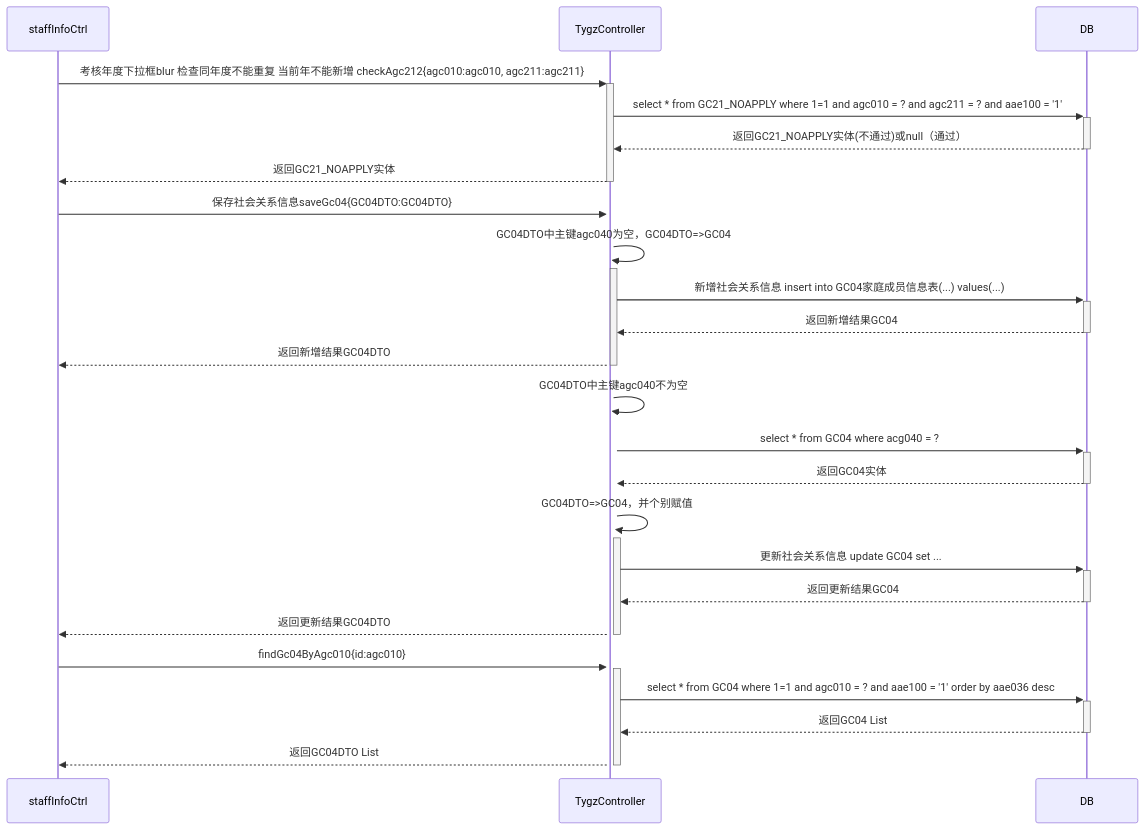
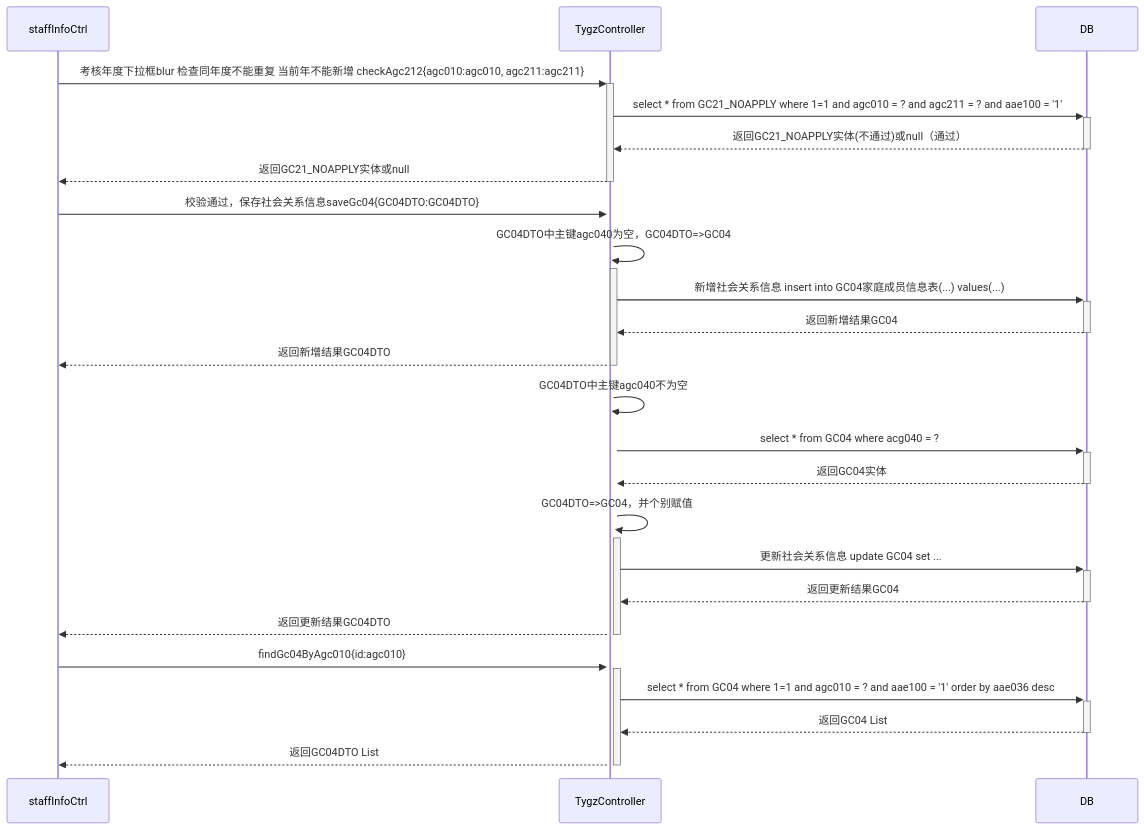
The diagram in all/人员考核信息新增按钮的调用业务流程.md (ZhangJianBeiJing/iodraw-files), drawn with Mermaid before and after one commit.

Commit message:
2025-03-25 18:08:10 update

````diff
--- a/all/人员考核信息新增按钮的调用业务流程.md
+++ b/all/人员考核信息新增按钮的调用业务流程.md
@@ -1,25 +1,25 @@
 ```mermaid
 sequenceDiagram
     staffInfoCtrl->>+TygzController:考核年度下拉框blur 检查同年度不能重复 当前年不能新增 checkAgc212{agc010:agc010, agc211:agc211}
     TygzController->>+DB:select * from GC21_NOAPPLY where 1=1 and agc010 = ? and agc211 = ? and aae100 = '1'
     DB-->>-TygzController:返回GC21_NOAPPLY实体(不通过)或null（通过）
-    TygzController-->>-staffInfoCtrl:返回GC21_NOAPPLY实体
+    TygzController-->>-staffInfoCtrl:返回GC21_NOAPPLY实体或null
 
-    staffInfoCtrl->>+TygzController:保存社会关系信息saveGc04{GC04DTO:GC04DTO}
+    staffInfoCtrl->>+TygzController:校验通过，保存社会关系信息saveGc04{GC04DTO:GC04DTO}
     TygzController->>+TygzController:GC04DTO中主键agc040为空，GC04DTO=>GC04
     TygzController->>+DB:新增社会关系信息 insert into GC04家庭成员信息表(...) values(...)
     DB-->>-TygzController:返回新增结果GC04
     TygzController-->>-staffInfoCtrl:返回新增结果GC04DTO
     TygzController->>+TygzController:GC04DTO中主键agc040不为空
     TygzController->>+DB:select * from GC04 where acg040 = ?
     DB-->>-TygzController:返回GC04实体
     TygzController->>+TygzController:GC04DTO=>GC04，并个别赋值
     TygzController->>+DB:更新社会关系信息 update GC04 set ...
     DB-->>-TygzController:返回更新结果GC04
     TygzController-->>-staffInfoCtrl:返回更新结果GC04DTO
 
     staffInfoCtrl->>+TygzController:findGc04ByAgc010{id:agc010}
     TygzController->>+DB:select * from GC04 where 1=1 and agc010 = ? and aae100 = '1' order by aae036 desc
     DB-->>-TygzController:返回GC04 List
     TygzController-->>-staffInfoCtrl:返回GC04DTO List
 ```
````
